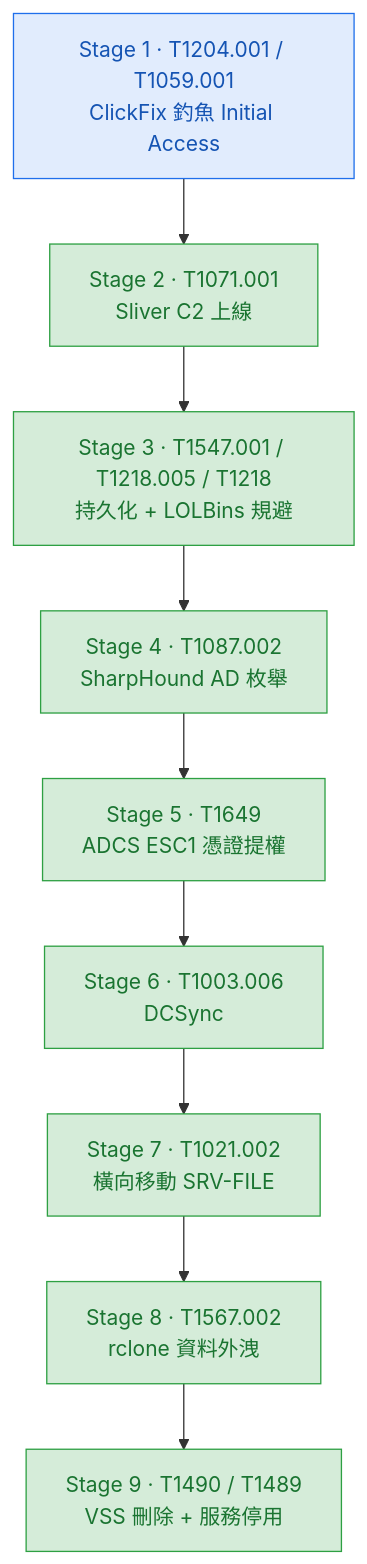
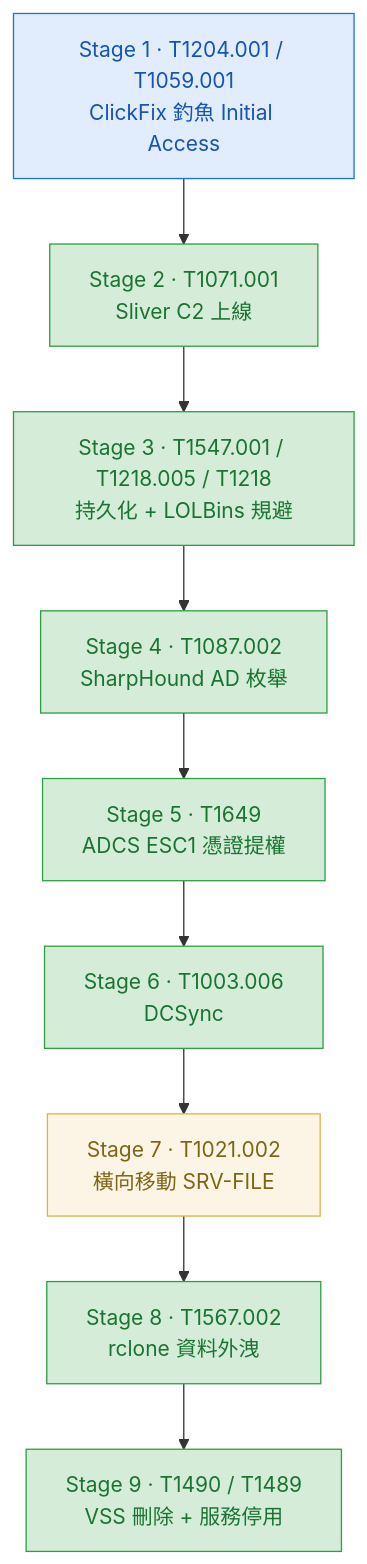
The diagram in attack-chains/chain-02-phishing-to-ransomware/flow.md (dabbychiu/Purple-Team-Detection-Lab), drawn with Mermaid before and after one commit. The commit also changed other lines of this file and 6 other files, not shown here.

````diff
--- a/attack-chains/chain-02-phishing-to-ransomware/flow.md
+++ b/attack-chains/chain-02-phishing-to-ransomware/flow.md
@@ -13,18 +13,19 @@
 ```mermaid
 flowchart TD
     S1["Stage 1 · T1204.001 / T1059.001<br/>ClickFix 釣魚 Initial Access"]:::blocked
     S2["Stage 2 · T1071.001<br/>Sliver C2 上線"]:::verified
     S3["Stage 3 · T1547.001 / T1218.005 / T1218<br/>持久化 + LOLBins 規避"]:::verified
     S4["Stage 4 · T1087.002<br/>SharpHound AD 枚舉"]:::verified
     S5["Stage 5 · T1649<br/>ADCS ESC1 憑證提權"]:::verified
     S6["Stage 6 · T1003.006<br/>DCSync"]:::verified
-    S7["Stage 7 · T1021.002<br/>橫向移動 SRV-FILE"]:::verified
+    S7["Stage 7 · T1021.002<br/>橫向移動 SRV-FILE"]:::partial
     S8["Stage 8 · T1567.002<br/>rclone 資料外洩"]:::verified
     S9["Stage 9 · T1490 / T1489<br/>VSS 刪除 + 服務停用"]:::verified
 
     S1 --> S2 --> S3 --> S4 --> S5 --> S6 --> S7 --> S8 --> S9
 
     classDef verified fill:#2ea04333,stroke:#2ea043,color:#1a7431
+    classDef partial fill:#e3b34122,stroke:#e3b341,color:#7d6514
     classDef conceptual fill:#8b8b8b22,stroke:#8b8b8b,stroke-dasharray:4 3,color:#5a5a5a
     classDef blocked fill:#1f6feb22,stroke:#1f6feb,color:#1554b3
 ```
````
